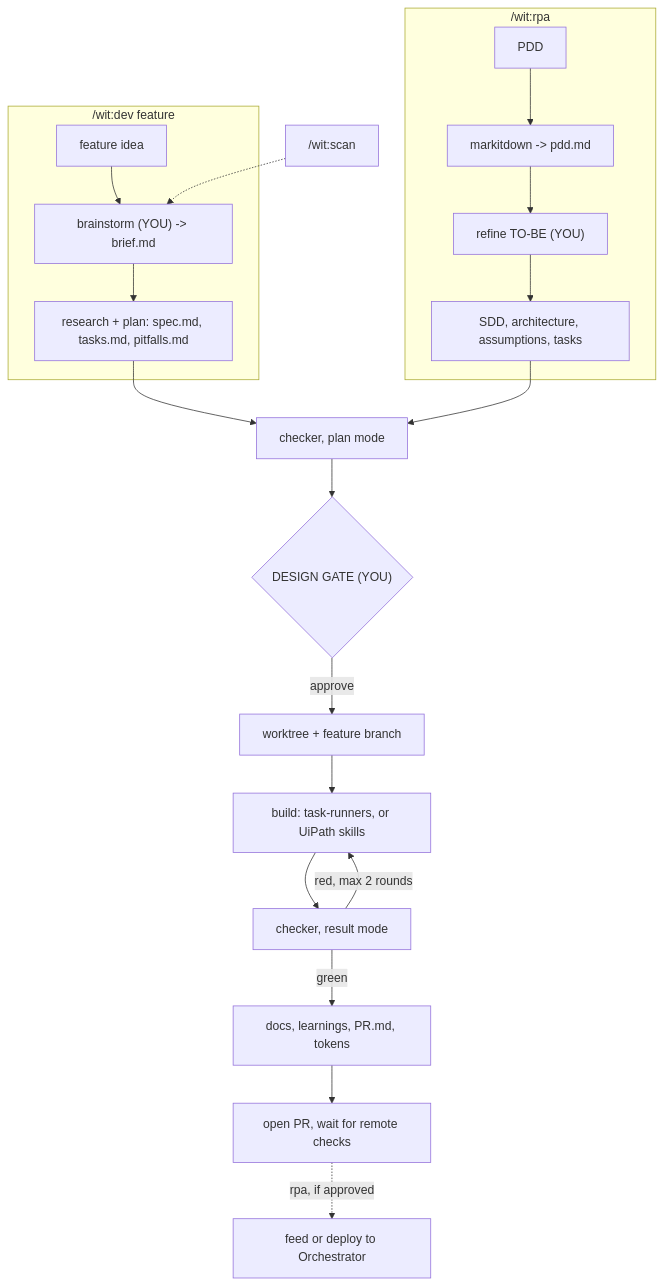
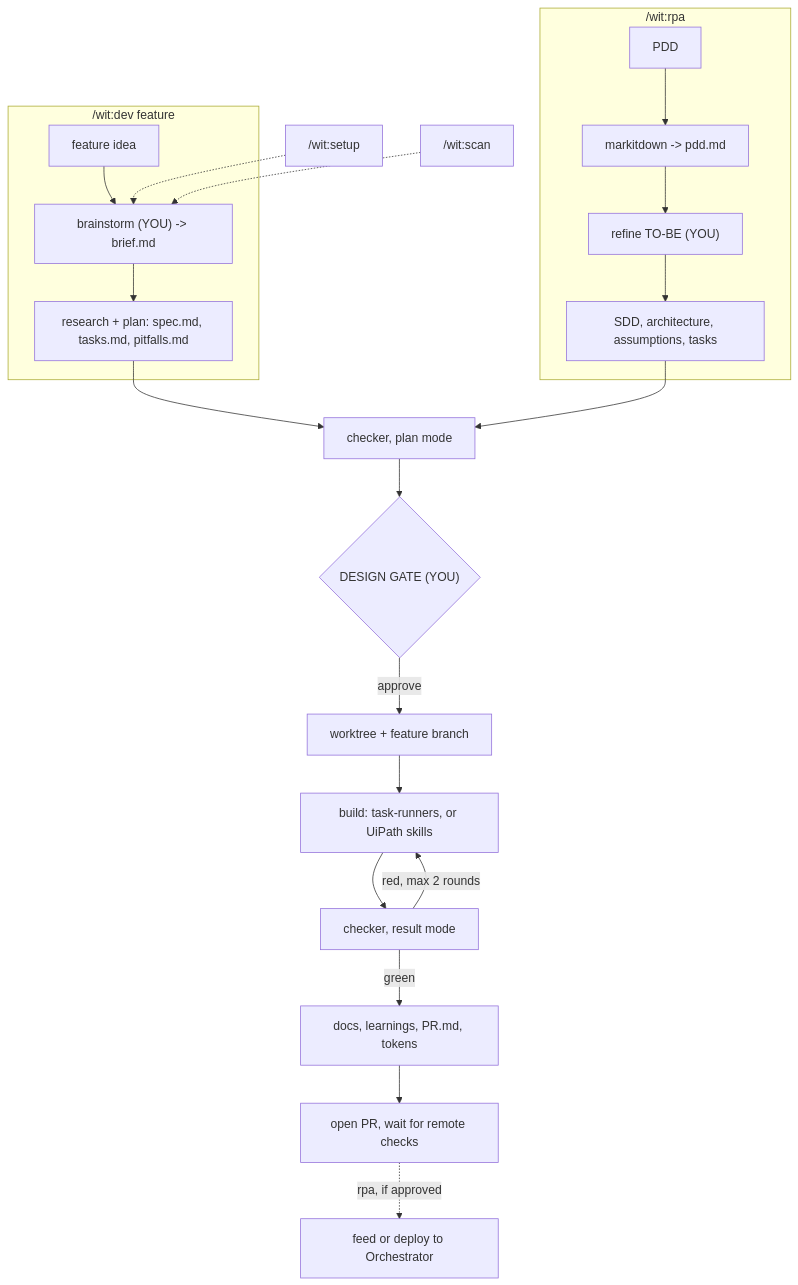
Before and after one commit to Wittenberger-Industries/witloop: the diagram in README.md, drawn with Mermaid. The commit also changed other lines of this file and 55 other files, not shown here.

First line of the commit message:
feat: /wit-setup first-run (v1.16.2) (#95)

````diff
--- a/README.md
+++ b/README.md
@@ -98,25 +100,26 @@
 ```mermaid
 flowchart TD
   subgraph devlane["/wit:dev feature"]
     idea["feature idea"] --> brainstorm["brainstorm (YOU) -> brief.md"]
     brainstorm --> planp["research + plan: spec.md, tasks.md, pitfalls.md"]
   end
 
   subgraph rpalane["/wit:rpa"]
     pddin["PDD"] --> ingest["markitdown -> pdd.md"]
     ingest --> tobe["refine TO-BE (YOU)"]
     tobe --> sddplan["SDD, architecture, assumptions, tasks"]
   end
 
+  setup["/wit:setup"] -.-> brainstorm
   scan["/wit:scan"] -.-> brainstorm
   planp --> precheck["checker, plan mode"]
   sddplan --> precheck
   precheck --> gate{"DESIGN GATE (YOU)"}
   gate -->|approve| isolate["worktree + feature branch"]
   isolate --> build["build: task-runners, or UiPath skills"]
   build --> verify["checker, result mode"]
   verify -->|"red, max 2 rounds"| build
   verify -->|green| ship["docs, learnings, PR.md, tokens"]
   ship --> pr["open PR, wait for remote checks"]
   pr -.->|"rpa, if approved"| publish["feed or deploy to Orchestrator"]
 ```
````
